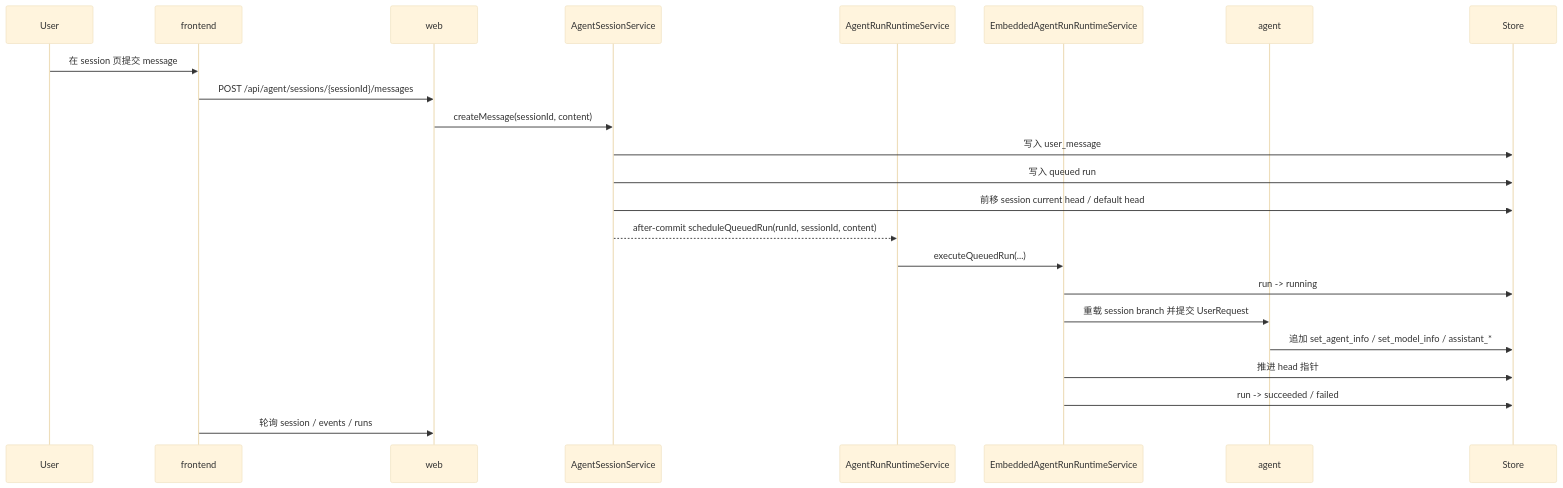
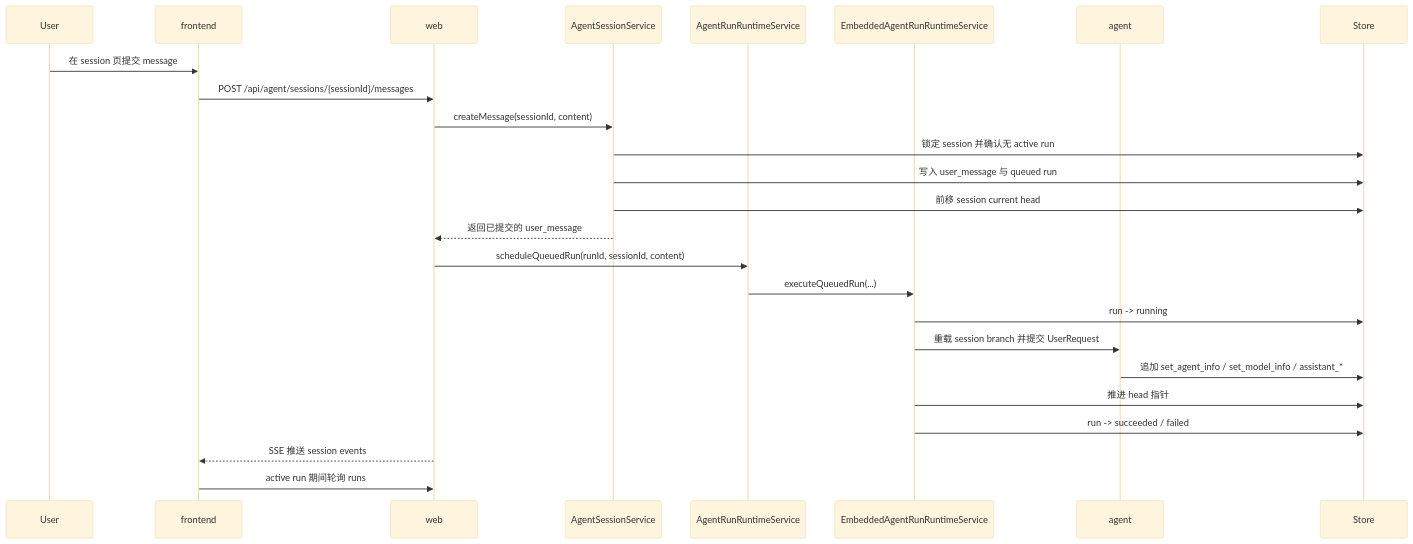
One commit to fengwk/kk-studio changed the second of 2 diagrams in docs/technical-solution/cloud-embedded-agent-runtime.md. Above: the diagram before and after it, drawn with Mermaid (base theme). The commit also changed other lines of this file and 175 other files, not shown here.

````diff
--- a/docs/technical-solution/cloud-embedded-agent-runtime.md
+++ b/docs/technical-solution/cloud-embedded-agent-runtime.md
@@ -33,26 +33,28 @@
 ```mermaid
 sequenceDiagram
     participant U as User
     participant F as frontend
     participant W as web
     participant S as AgentSessionService
     participant R as AgentRunRuntimeService
     participant E as EmbeddedAgentRunRuntimeService
     participant A as agent
     participant DB as Store
 
     U->>F: 在 session 页提交 message
     F->>W: POST /api/agent/sessions/{sessionId}/messages
     W->>S: createMessage(sessionId, content)
-    S->>DB: 写入 user_message
-    S->>DB: 写入 queued run
-    S->>DB: 前移 session current head / default head
-    S-->>R: after-commit scheduleQueuedRun(runId, sessionId, content)
+    S->>DB: 锁定 session 并确认无 active run
+    S->>DB: 写入 user_message 与 queued run
+    S->>DB: 前移 session current head
+    S-->>W: 返回已提交的 user_message
+    W->>R: scheduleQueuedRun(runId, sessionId, content)
     R->>E: executeQueuedRun(...)
     E->>DB: run -> running
     E->>A: 重载 session branch 并提交 UserRequest
     A->>DB: 追加 set_agent_info / set_model_info / assistant_*
     E->>DB: 推进 head 指针
     E->>DB: run -> succeeded / failed
-    F->>W: 轮询 session / events / runs
+    W-->>F: SSE 推送 session events
+    F->>W: active run 期间轮询 runs
 ```
````
